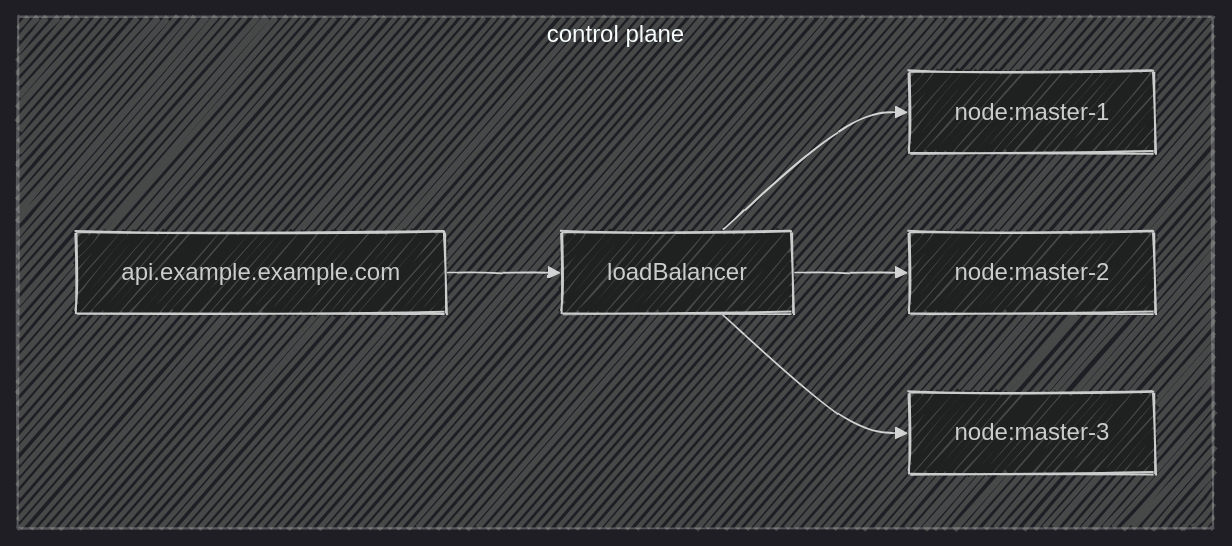
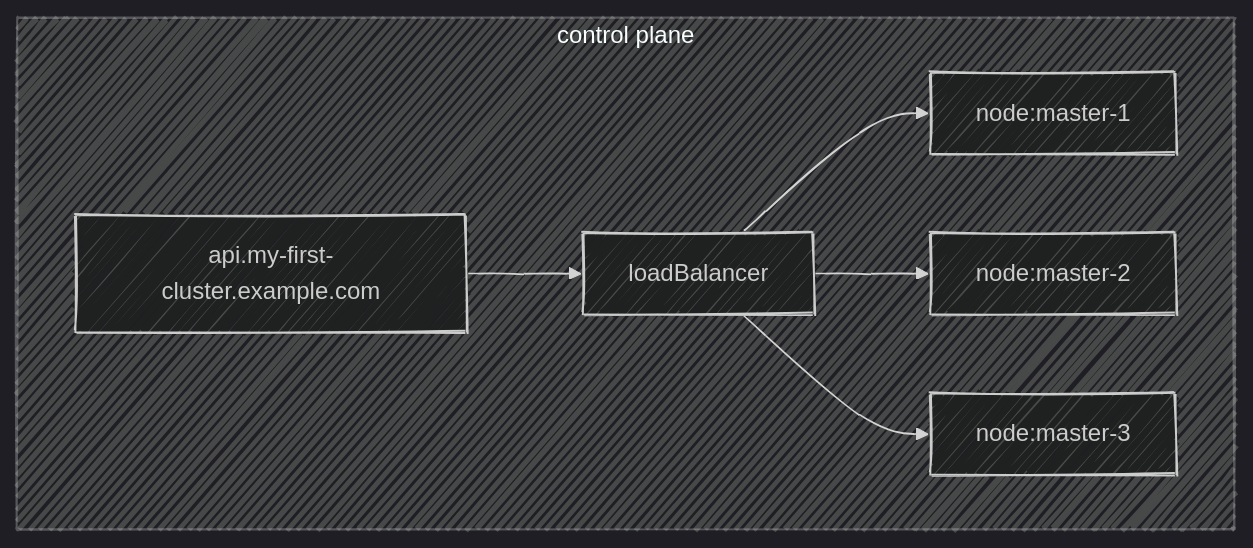
The second of 2 diagrams in documentation/docs/tech-docs/kubernetes/flowcharts/topologyInfra.mdx (PRO-Robotech/in-cloud-docs), drawn with Mermaid before and after one commit. The commit also changed other lines of this file and 45 other files, not shown here.

````diff
--- a/documentation/docs/tech-docs/kubernetes/flowcharts/topologyInfra.mdx
+++ b/documentation/docs/tech-docs/kubernetes/flowcharts/topologyInfra.mdx
@@ -32,21 +32,21 @@
 ```mermaid
 ---
 config:
   look: handDrawn
   theme: dark
 ---
 
 flowchart TB
   loadBalancer[loadBalancer]
   master1[node:master-1]
   master2[node:master-2]
   master3[node:master-3]
 
   subgraph control plane
-      api.example.example.com-->loadBalancer
+      api.my-first-cluster.example.com-->loadBalancer
       loadBalancer-->master1
       loadBalancer-->master2
       loadBalancer-->master3
    end
 
 ```
````
